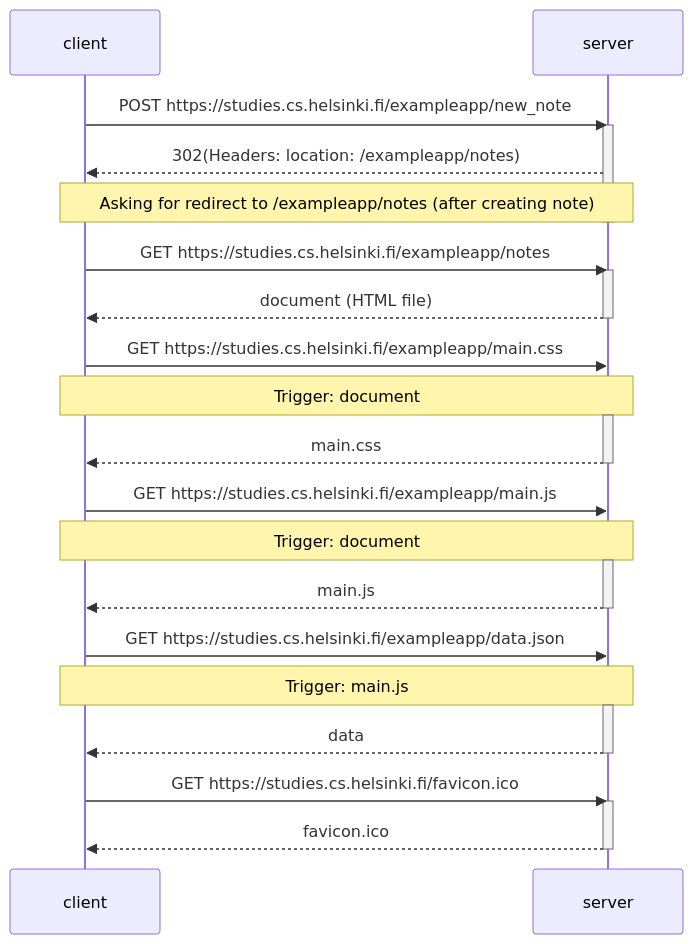
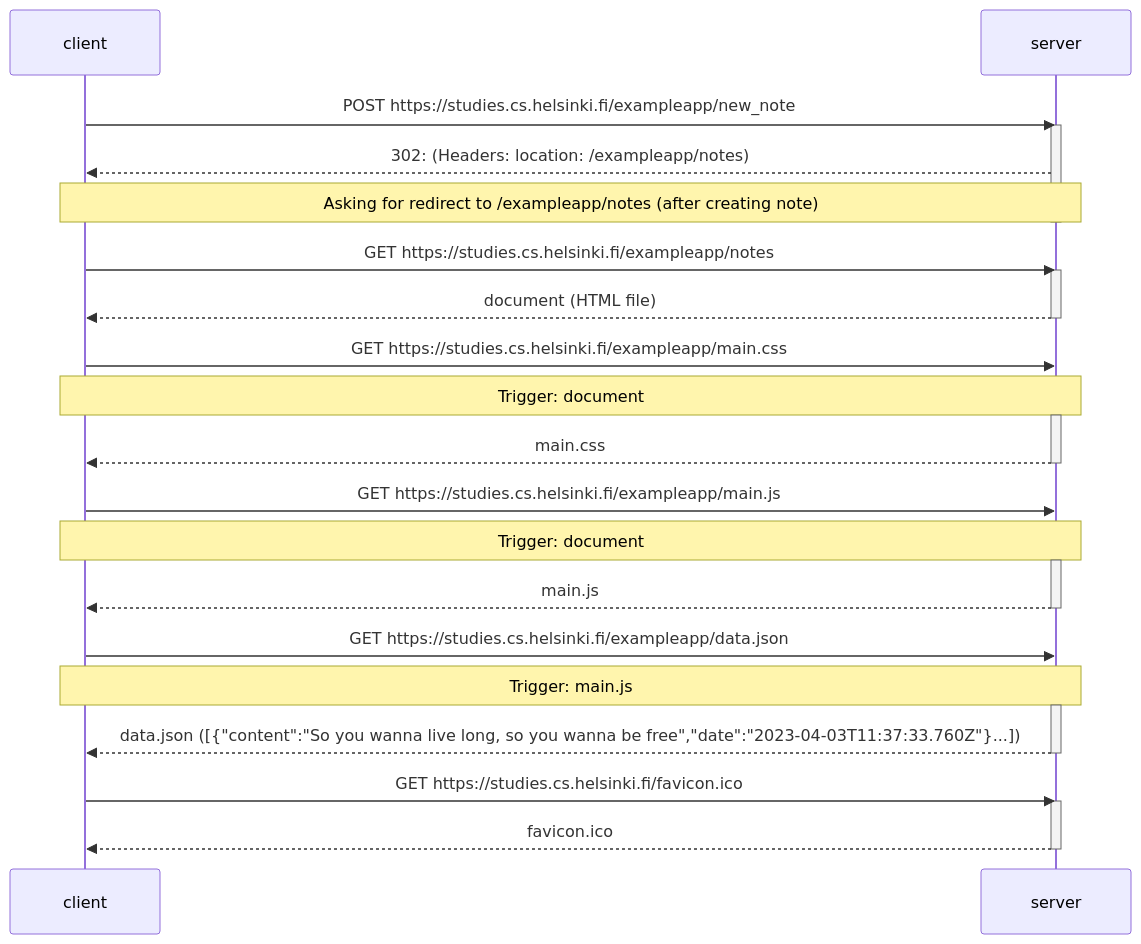
Before and after one commit to dejanaksovic/FullStackOpen: the diagram in PART01/0.4-NewNoteDiagram.md, drawn with Mermaid. The commit also changed other lines of this file and 2 other files, not shown here.

Commit message:
Polishing graphs, fixing typos, increasing readability

````diff
--- a/PART01/0.4-NewNoteDiagram.md
+++ b/PART01/0.4-NewNoteDiagram.md
@@ -3,34 +3,34 @@
 ```mermaid
 sequenceDiagram
     participant client
     participant server
 
     client->>server: POST https://studies.cs.helsinki.fi/exampleapp/new_note
     activate server
-    server-->>client: 302(Headers: location: /exampleapp/notes)
+    server-->>client: 302: (Headers: location: /exampleapp/notes)
     Note over client,server: Asking for redirect to /exampleapp/notes (after creating note)
     deactivate server
     client->>server: GET https://studies.cs.helsinki.fi/exampleapp/notes
     activate server
     server-->>client: document (HTML file)
     deactivate server
     client->>server: GET https://studies.cs.helsinki.fi/exampleapp/main.css
     Note over client,server: Trigger: document
     activate server
     server-->>client: main.css
     deactivate server
     client->>server: GET https://studies.cs.helsinki.fi/exampleapp/main.js
     Note over client,server: Trigger: document
     activate server
     server-->>client: main.js
     deactivate server
     client->>server: GET https://studies.cs.helsinki.fi/exampleapp/data.json
     Note over client,server: Trigger: main.js
     activate server
-    server-->>client: data
+    server-->>client: data.json ([{"content":"So you wanna live long, so you wanna be free","date":"2023-04-03T11:37:33.760Z"}...])
     deactivate server
     client->>server: GET https://studies.cs.helsinki.fi/favicon.ico
     activate server
     server-->>client: favicon.ico
     deactivate server
 ```
````
